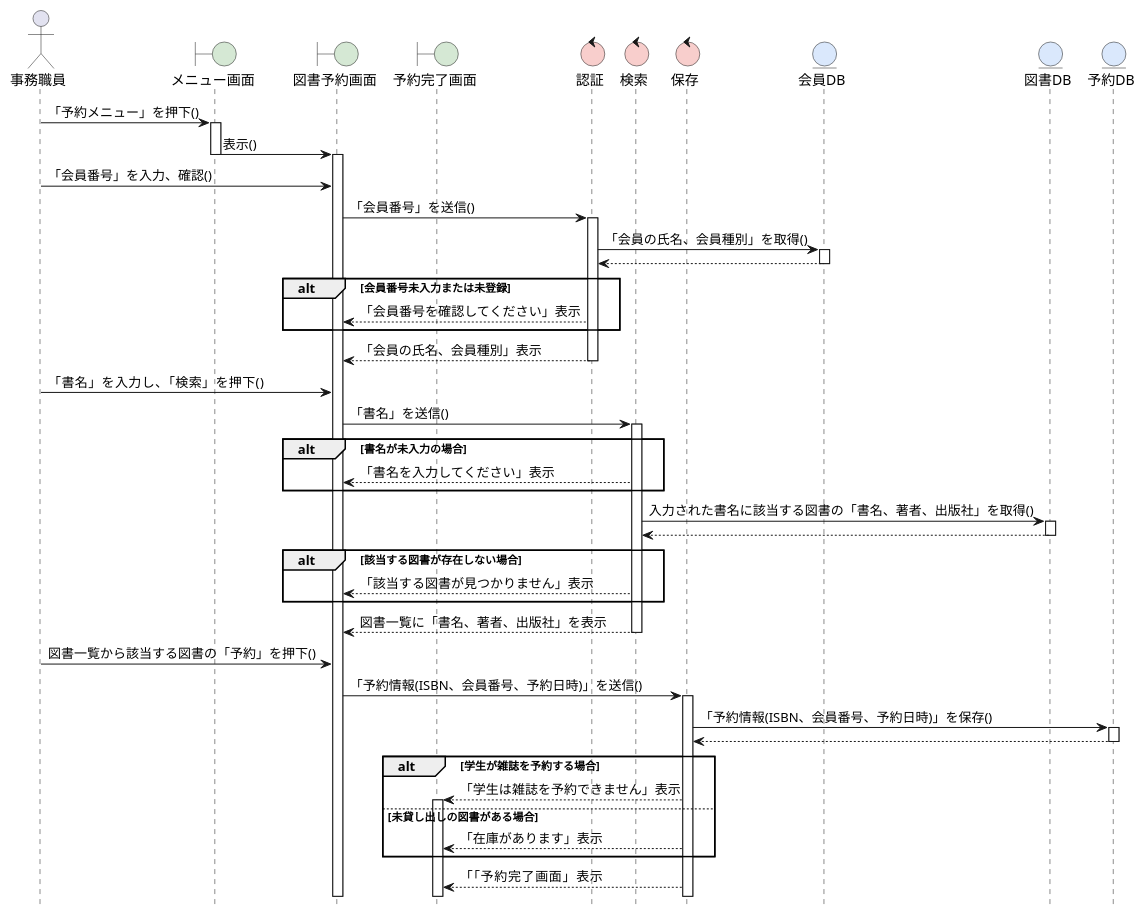
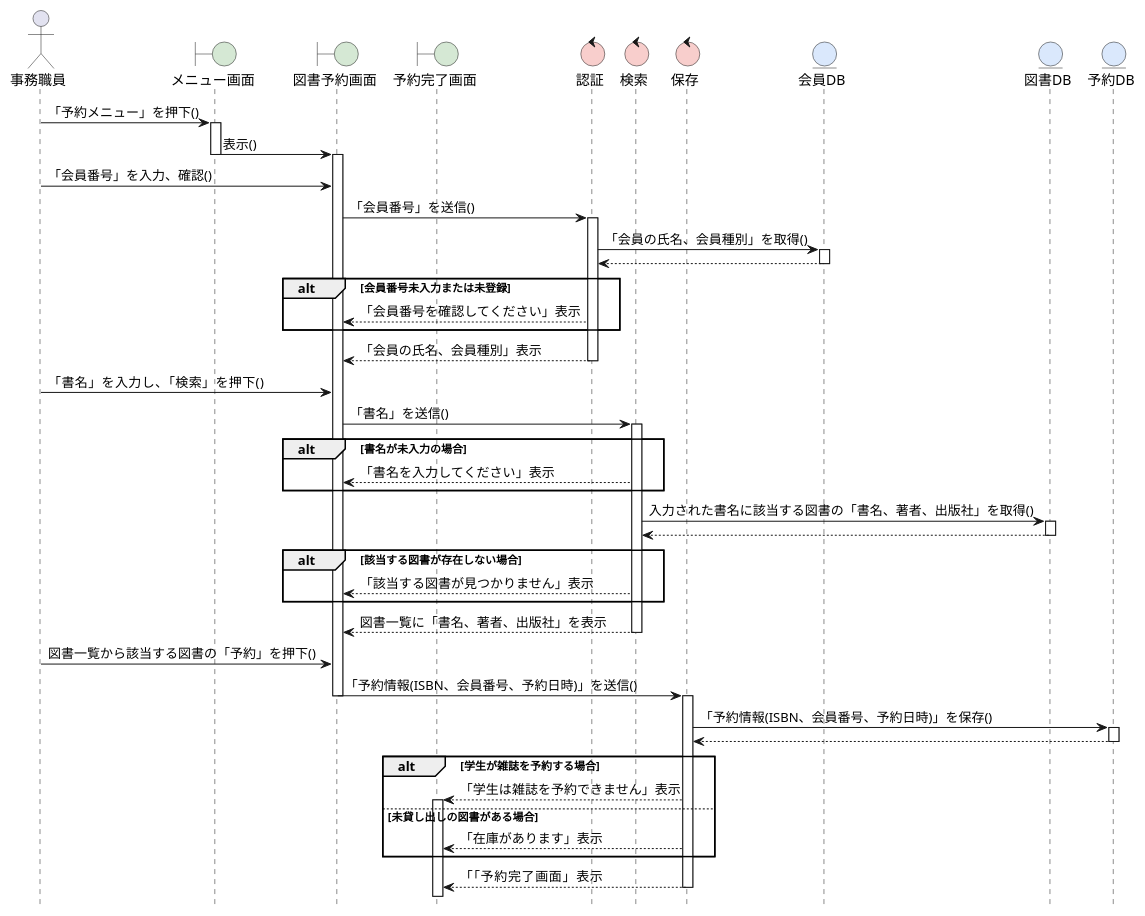
The diagram in kouka2/sequence_reserve.pu (FujikawaHirono0520/group3_1_dogdog), drawn with PlantUML before and after one commit. The commit also changed 1 other file, not shown here.

```diff
--- a/kouka2/sequence_reserve.pu
+++ b/kouka2/sequence_reserve.pu
@@ -1,81 +1,83 @@
 @startuml
 hide footbox
 skinparam boundaryBackgroundColor #D5E8D4
 skinparam controlBackgroundColor  #F8CECC
 skinparam entityBackgroundColor   #DAE8FC
 
 actor 事務職員 as user
 boundary メニュー画面 as B1
 boundary 図書予約画面 as B2
 boundary 予約完了画面 as B3
 control 認証 as C1
 control 検索 as C2
 control 保存 as C3
 entity 会員DB as E1
 entity 図書DB as E2
 entity 予約DB as E3
 
 user -> B1: 「予約メニュー」を押下()
 activate B1
 
 B1 -> B2: 表示()
 deactivate B1
 activate B2
 user -> B2: 「会員番号」を入力、確認()
 
 B2 -> C1: 「会員番号」を送信()
 activate C1
 C1 -> E1: 「会員の氏名、会員種別」を取得()
 activate E1
 E1 --> C1: 
 deactivate E1
 
 alt 会員番号未入力または未登録
     C1 --> B2: 「会員番号を確認してください」表示
 
 end
 
 C1 --> B2: 「会員の氏名、会員種別」表示
 deactivate C1
 
 user -> B2: 「書名」を入力し、「検索」を押下()
 B2 -> C2: 「書名」を送信()
 activate C2
 
 alt 書名が未入力の場合
     C2 --> B2: 「書名を入力してください」表示
 
 end
 
 C2 -> E2: 入力された書名に該当する図書の「書名、著者、出版社」を取得()
 activate E2
 E2 --> C2: 
 deactivate E2
 
 alt 該当する図書が存在しない場合
     C2 --> B2: 「該当する図書が見つかりません」表示
 
 end
 
 C2 --> B2:図書一覧に「書名、著者、出版社」を表示
 deactivate C2
 
 user -> B2: 図書一覧から該当する図書の「予約」を押下()
 B2 -> C3: 「予約情報(ISBN、会員番号、予約日時)」を送信()
+deactivate B2
 activate C3
 C3 -> E3: 「予約情報(ISBN、会員番号、予約日時)」を保存()
 activate E3
 E3 --> C3: 
 deactivate E3
 
 alt 学生が雑誌を予約する場合
     C3 --> B3: 「学生は雑誌を予約できません」表示
     activate B3
 else 未貸し出しの図書がある場合
     C3 --> B3: 「在庫があります」表示
 
 end
 
 C3 --> B3:「「予約完了画面」表示
+deactivate C3
 
 @enduml
```
